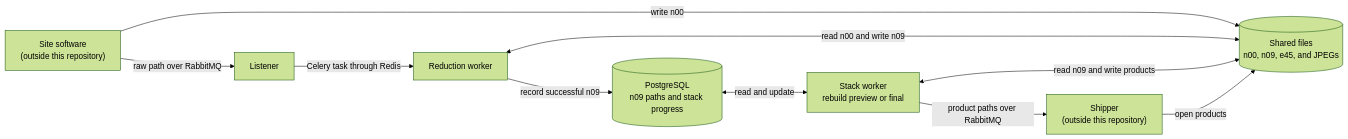
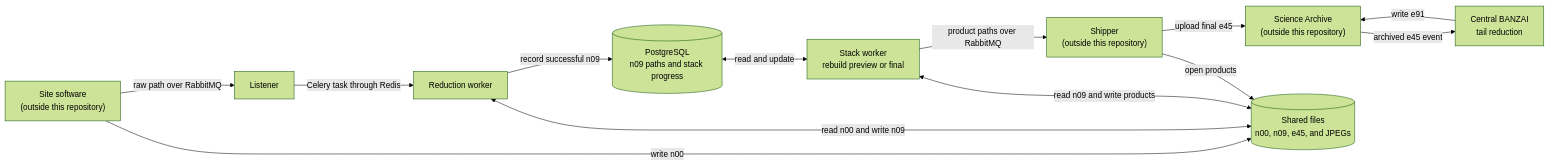
Before and after one commit to LCOGT/banzai: the diagram in docs/smartstacking_architecture.md, drawn with Mermaid (forest theme). The commit also changed other lines of this file and 7 other files, not shown here.

Commit message:
Process archived e45 frames through tail stages

````diff
--- a/docs/smartstacking_architecture.md
+++ b/docs/smartstacking_architecture.md
@@ -32,21 +33,26 @@
 ```mermaid
 flowchart LR
     Site["Site software<br/>(outside this repository)"]
     Listener["Listener"]
     Reducer["Reduction worker"]
     DB[("PostgreSQL<br/>n09 paths and stack progress")]
     Stacker["Stack worker<br/>rebuild preview or final"]
     Shipper["Shipper<br/>(outside this repository)"]
+    Archive["Science Archive<br/>(outside this repository)"]
+    Central["Central BANZAI<br/>tail reduction"]
     Files[("Shared files<br/>n00, n09, e45, and JPEGs")]
 
     Site -->|"raw path over RabbitMQ"| Listener
     Listener -->|"Celery task through Redis"| Reducer
     Reducer -->|"record successful n09"| DB
     DB <-->|"read and update"| Stacker
     Stacker -->|"product paths over RabbitMQ"| Shipper
 
     Site -->|"write n00"| Files
     Reducer <-->|"read n00 and write n09"| Files
     Stacker <-->|"read n09 and write products"| Files
     Shipper -->|"open products"| Files
+    Shipper -->|"upload final e45"| Archive
+    Archive -->|"archived e45 event"| Central
+    Central -->|"write e91"| Archive
 ```
````
